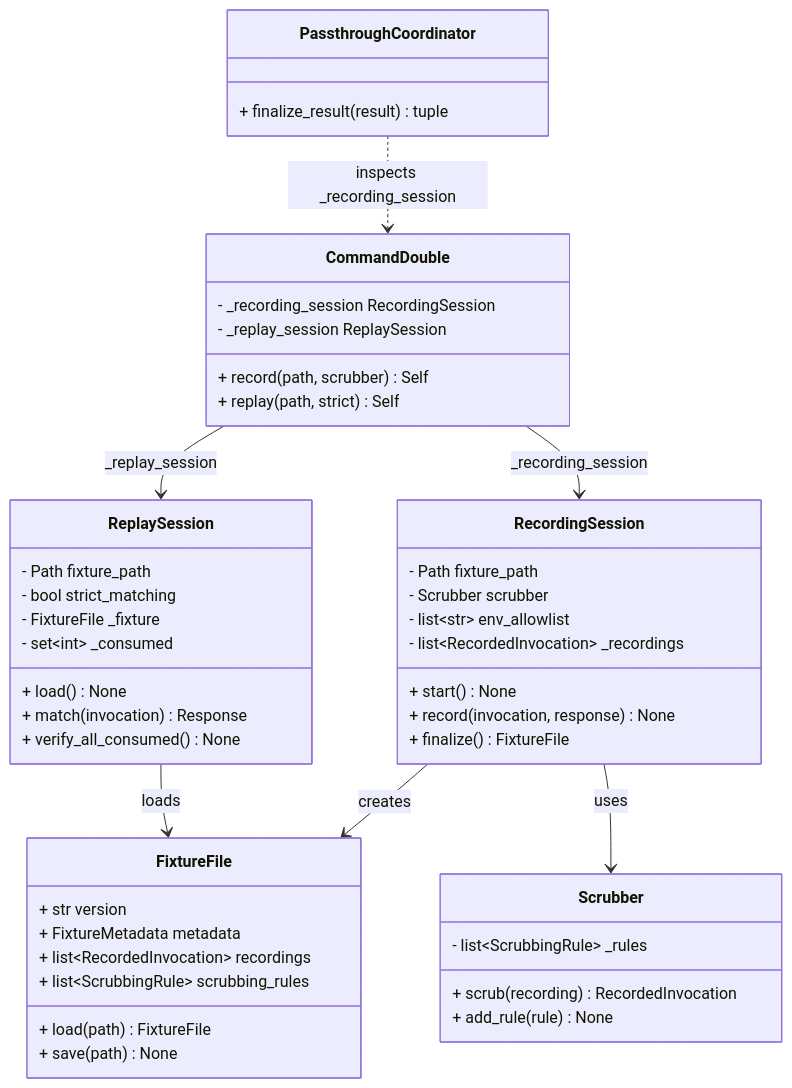
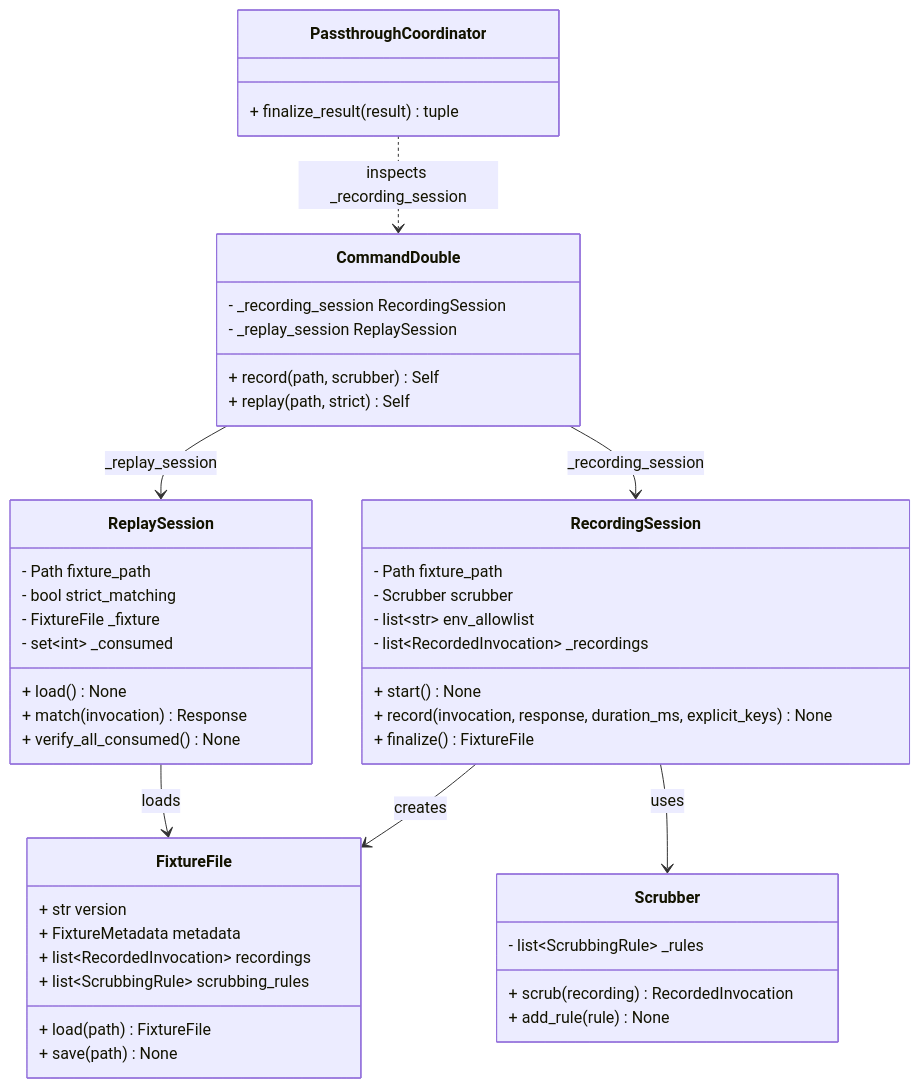
Before and after one commit to leynos/cmd-mox: diagram 31 of 31 in docs/python-native-command-mocking-design.md, drawn with Mermaid. The commit also changed other lines of this file, not shown here.

First line of the commit message:
Align design-doc record signatures with the code (#368)

````diff
--- a/docs/python-native-command-mocking-design.md
+++ b/docs/python-native-command-mocking-design.md
@@ -3773,55 +3773,55 @@
 ```mermaid
 classDiagram
     class CommandDouble {
         + record(path, scrubber) Self
         + replay(path, strict) Self
         - _recording_session RecordingSession
         - _replay_session ReplaySession
     }
 
     class RecordingSession {
         - Path fixture_path
         - Scrubber scrubber
         - list~str~ env_allowlist
         - list~RecordedInvocation~ _recordings
         + start() None
-        + record(invocation, response) None
+        + record(invocation, response, duration_ms, explicit_keys) None
         + finalize() FixtureFile
     }
 
     class ReplaySession {
         - Path fixture_path
         - bool strict_matching
         - FixtureFile _fixture
         - set~int~ _consumed
         + load() None
         + match(invocation) Response
         + verify_all_consumed() None
     }
 
     class FixtureFile {
         + str version
         + FixtureMetadata metadata
         + list~RecordedInvocation~ recordings
         + list~ScrubbingRule~ scrubbing_rules
         + load(path) FixtureFile
         + save(path) None
     }
 
     class Scrubber {
         - list~ScrubbingRule~ _rules
         + scrub(recording) RecordedInvocation
         + add_rule(rule) None
     }
 
     class PassthroughCoordinator {
         + finalize_result(result) tuple
     }
 
     CommandDouble --> RecordingSession : _recording_session
     CommandDouble --> ReplaySession : _replay_session
     RecordingSession --> FixtureFile : creates
     RecordingSession --> Scrubber : uses
     ReplaySession --> FixtureFile : loads
     PassthroughCoordinator ..> CommandDouble : inspects _recording_session
 ```
````
